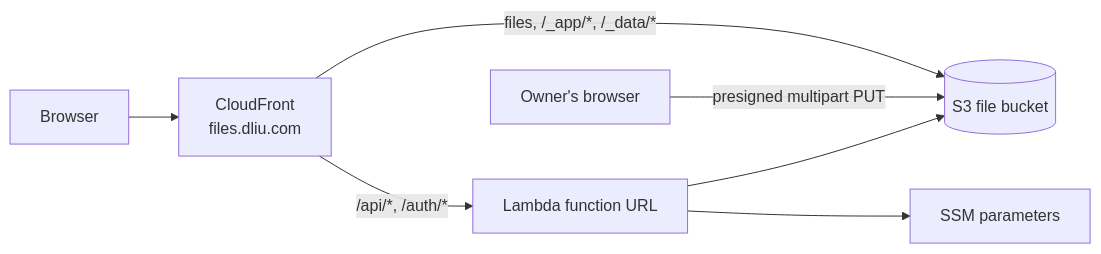
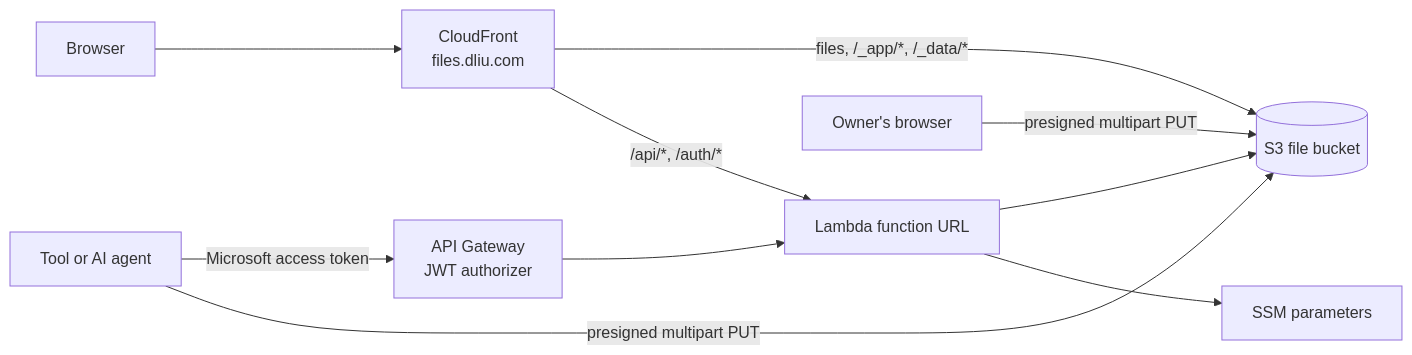
Before and after one commit to dliu-com/file-server: the diagram in README.md, drawn with Mermaid. The commit also changed other lines of this file and 21 other files, not shown here.

First line of the commit message:
Add managed Microsoft-token API, automatic CDN clearing and faster delivery

````diff
--- a/README.md
+++ b/README.md
@@ -7,9 +9,12 @@
 ```mermaid
 flowchart LR
   visitor[Browser] --> cf[CloudFront<br>files.dliu.com]
   cf -->|files, /_app/*, /_data/*| bucket[(S3 file bucket)]
   cf -->|/api/*, /auth/*| fn[Lambda function URL]
   fn --> bucket
   fn --> ssm[SSM parameters]
   owner[Owner's browser] -->|presigned multipart PUT| bucket
+  agent[Tool or AI agent] -->|Microsoft access token| gw[API Gateway<br>JWT authorizer]
+  gw --> fn
+  agent -->|presigned multipart PUT| bucket
 ```
````
